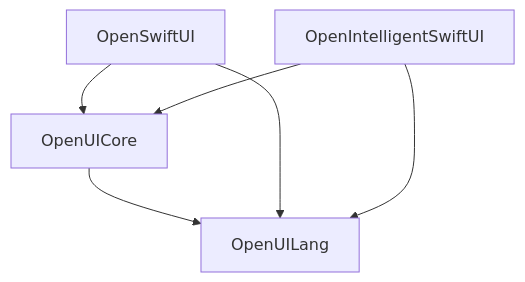
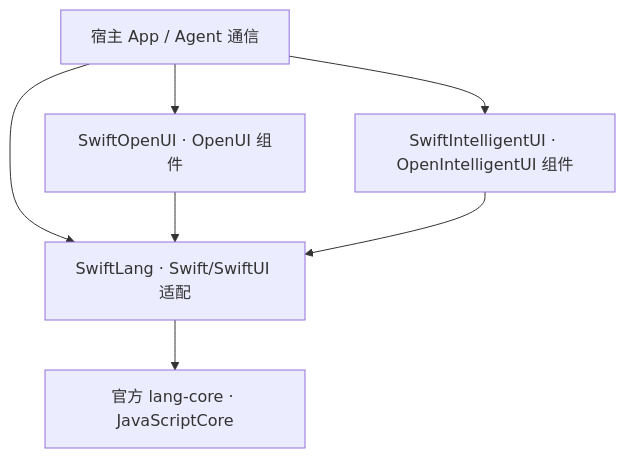
One commit to zyfn/open-intelligent-ui-swift changed the diagram in docs/architecture.md. Above: the diagram before and after it, drawn with Mermaid. The commit also changed other lines of this file and 776 other files, not shown here.

```diff
--- a/docs/architecture.md
+++ b/docs/architecture.md
@@ -7,12 +27,14 @@
 ~~~mermaid
 flowchart TB
-    Standard["OpenSwiftUI"]
-    Intelligent["OpenIntelligentSwiftUI"]
-    Core["OpenUICore"]
-    Lang["OpenUILang"]
-    Standard --> Core
-    Intelligent --> Core
-    Core --> Lang
-    Standard --> Lang
-    Intelligent --> Lang
+    App["宿主 App / Agent 通信"]
+    UI["SwiftOpenUI · OpenUI 组件"]
+    IUI["SwiftIntelligentUI · OpenIntelligentUI 组件"]
+    Lang["SwiftLang · Swift/SwiftUI 适配"]
+    Engine["官方 lang-core · JavaScriptCore"]
+    App --> UI
+    App --> IUI
+    App --> Lang
+    UI --> Lang
+    IUI --> Lang
+    Lang --> Engine
 ~~~
```
